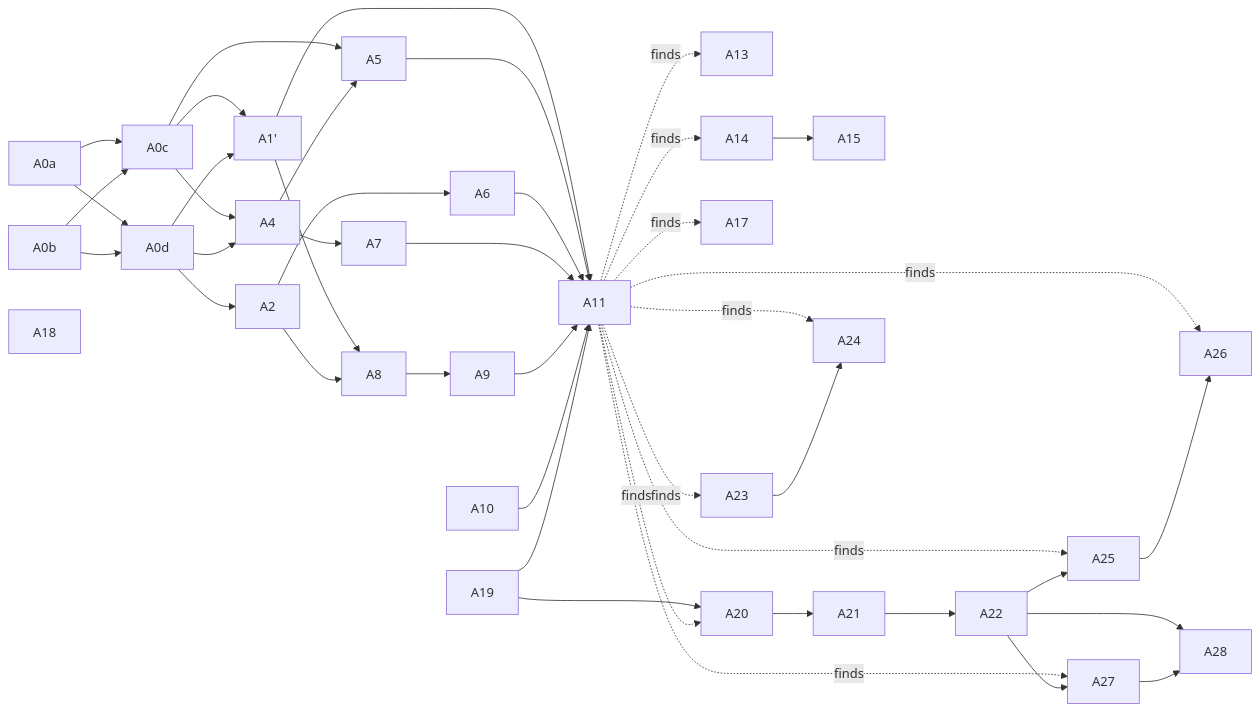
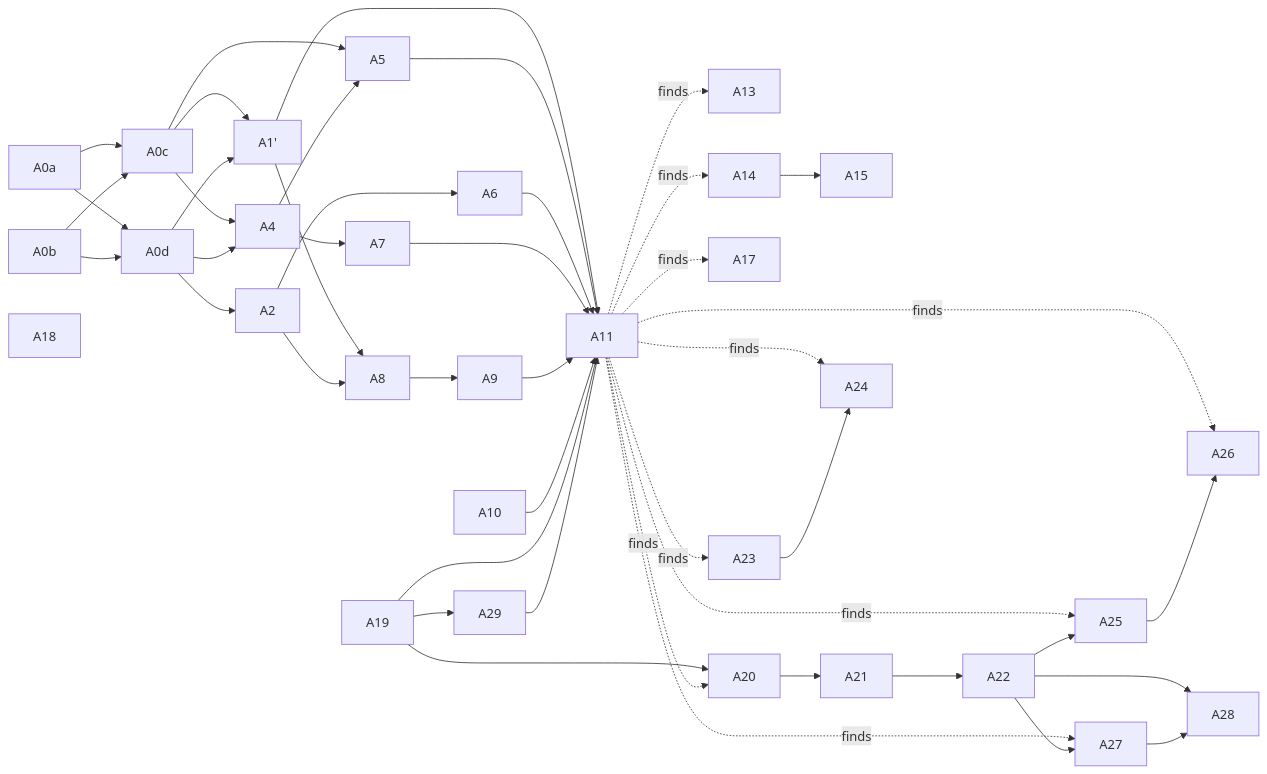
One commit to Rainnystone/larkent changed the diagram in docs/specs/automations/tickets/README.md. Above: the diagram before and after it, drawn with Mermaid. The commit also changed other lines of this file and 2 other files, not shown here.

Commit message:
docs(automations): add A29 status push updatedAt strictly increasing; spec §7 headers (x-timestamp ms, x-signature hex), response-code table, D1 internal to monitor, keyless monitor wake

````diff
--- a/docs/specs/automations/tickets/README.md
+++ b/docs/specs/automations/tickets/README.md
@@ -61,42 +63,44 @@
 ```mermaid
 graph LR
   A0a --> A0c
   A0b --> A0c
   A0a --> A0d
   A0b --> A0d
   A0c --> A1p["A1'"]
   A0d --> A1p
   A0d --> A2
   A0c --> A4
   A0d --> A4
   A0c --> A5
   A4 --> A5
   A2 --> A6
   A4 --> A7
   A1p --> A8
   A2 --> A8
   A8 --> A9
   A10
   A1p & A5 & A6 & A7 & A9 & A10 --> A11
   A11 -.finds.-> A13
   A11 -.finds.-> A14
   A14 --> A15
   A11 -.finds.-> A17
   A18
   A19 --> A11
   A19 --> A20
   A11 -.finds.-> A20
   A20 --> A21
   A21 --> A22
   A11 -.finds.-> A23
   A11 -.finds.-> A24
   A11 -.finds.-> A25
   A11 -.finds.-> A26
   A11 -.finds.-> A27
   A23 --> A24
   A22 --> A25
   A25 --> A26
   A22 --> A27
   A22 --> A28
   A27 --> A28
+  A19 --> A29
+  A29 --> A11
 ```
````
